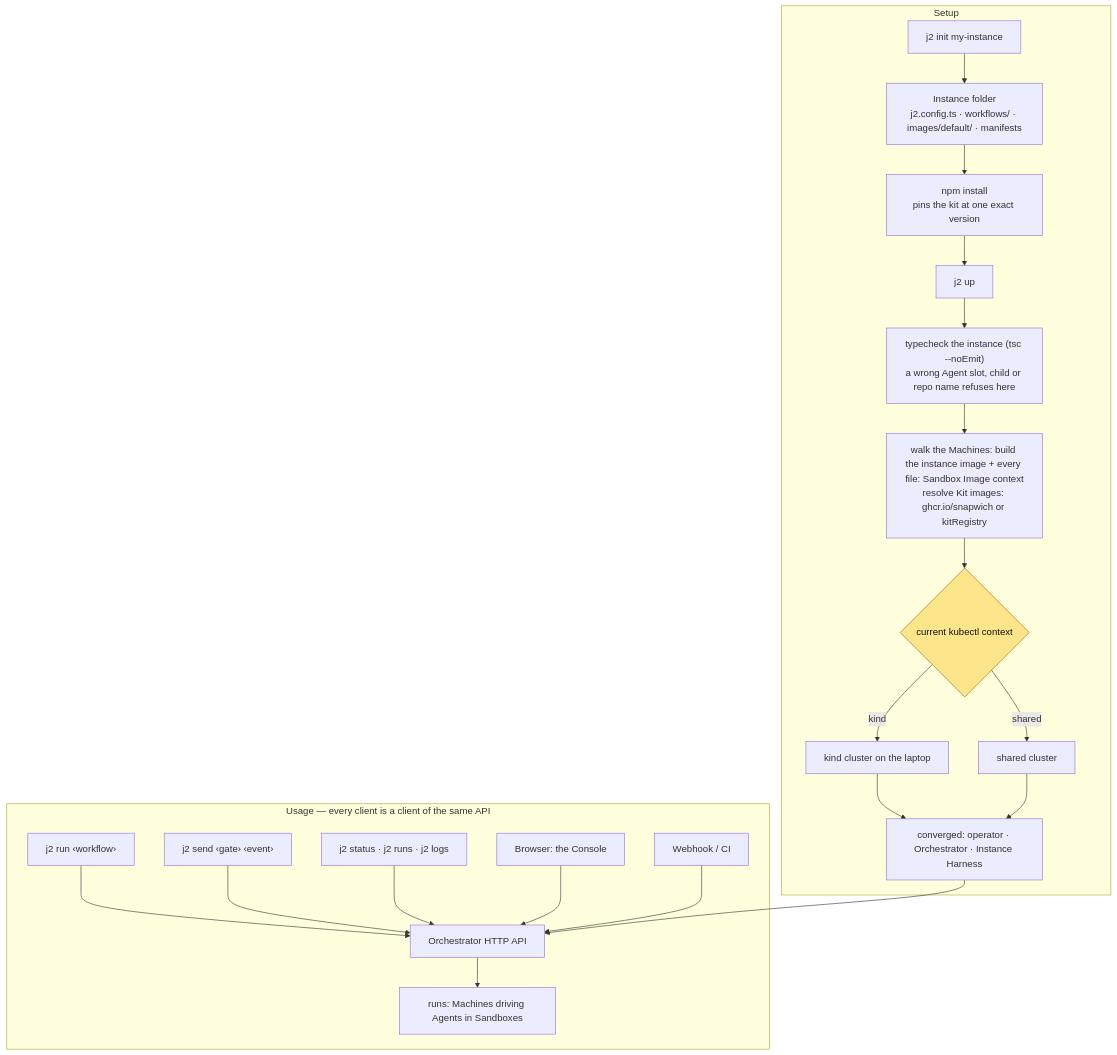
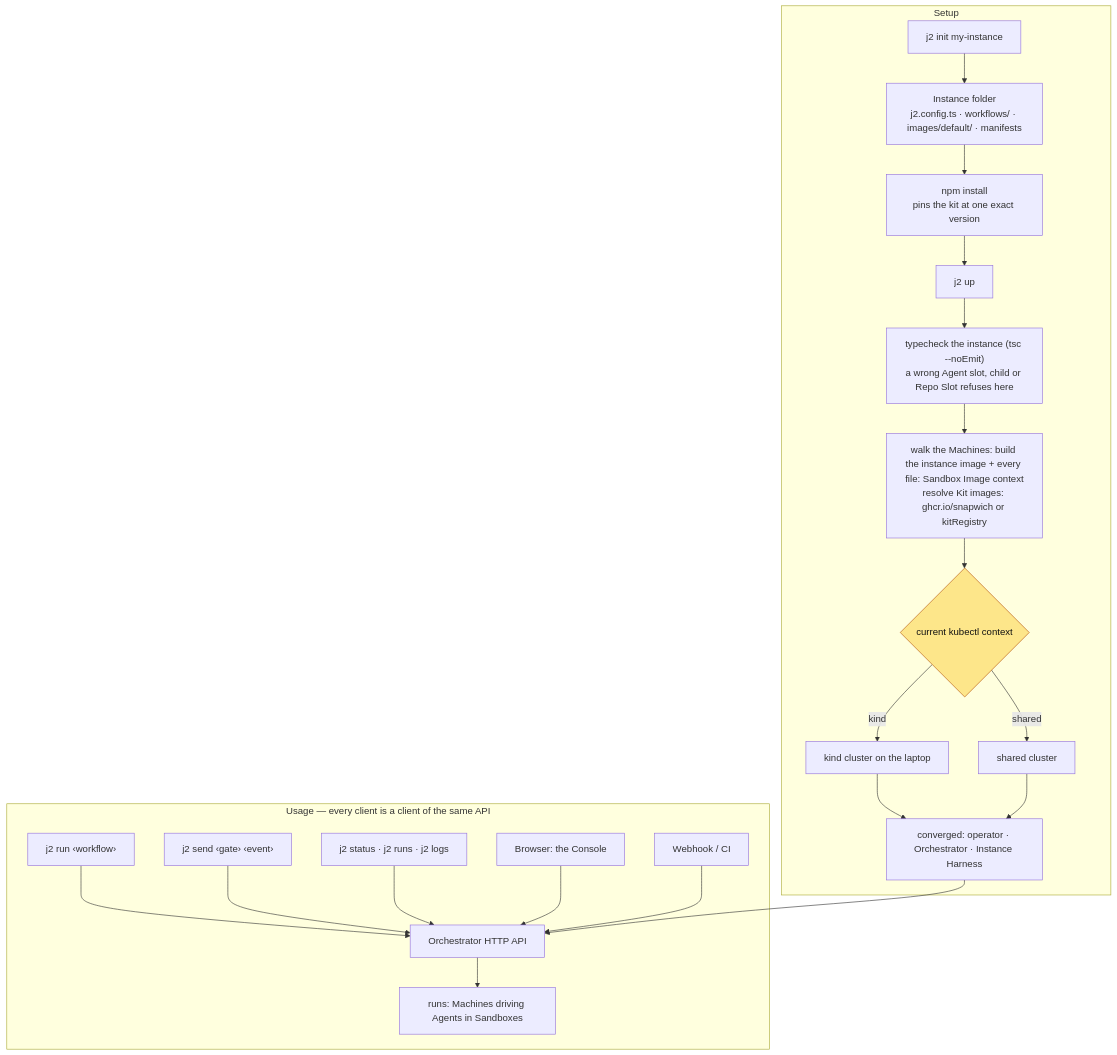
One commit to snapwich/jr2 changed the third of 4 diagrams in docs/architecture.md. Above: the diagram before and after it, drawn with Mermaid. The commit also changed other lines of this file and 14 other files, not shown here.

````diff
--- a/docs/architecture.md
+++ b/docs/architecture.md
@@ -177,29 +182,29 @@
 ```mermaid
 flowchart TB
   subgraph setup["Setup"]
     init["j2 init my-instance"] --> folder["Instance folder<br/>j2.config.ts · workflows/ · images/default/ · manifests"]
     folder --> install["npm install<br/>pins the kit at one exact version"]
     install --> up["j2 up"]
-    up --> tsc["typecheck the instance (tsc --noEmit)<br/>a wrong Agent slot, child or repo name refuses here"]
+    up --> tsc["typecheck the instance (tsc --noEmit)<br/>a wrong Agent slot, child or Repo Slot refuses here"]
     tsc --> imgs["walk the Machines: build the instance image + every file: Sandbox Image context<br/>resolve Kit images: ghcr.io/snapwich or kitRegistry"]
     imgs --> ctx{"current kubectl context"}
     ctx -->|kind| kind["kind cluster on the laptop"]
     ctx -->|shared| shared["shared cluster"]
     kind --> conv["converged: operator · Orchestrator · Instance Harness"]
     shared --> conv
   end
 
   subgraph usage["Usage — every client is a client of the same API"]
     run["j2 run ‹workflow›"] --> api["Orchestrator HTTP API"]
     send["j2 send ‹gate› ‹event›"] --> api
     status["j2 status · j2 runs · j2 logs"] --> api
     console["Browser: the Console"] --> api
     hook["Webhook / CI"] --> api
     api --> runs["runs: Machines driving Agents in Sandboxes"]
   end
 
   conv --> api
 
   classDef fork fill:#fde68a,stroke:#b45309,color:#111
   class ctx fork
 ```
````
